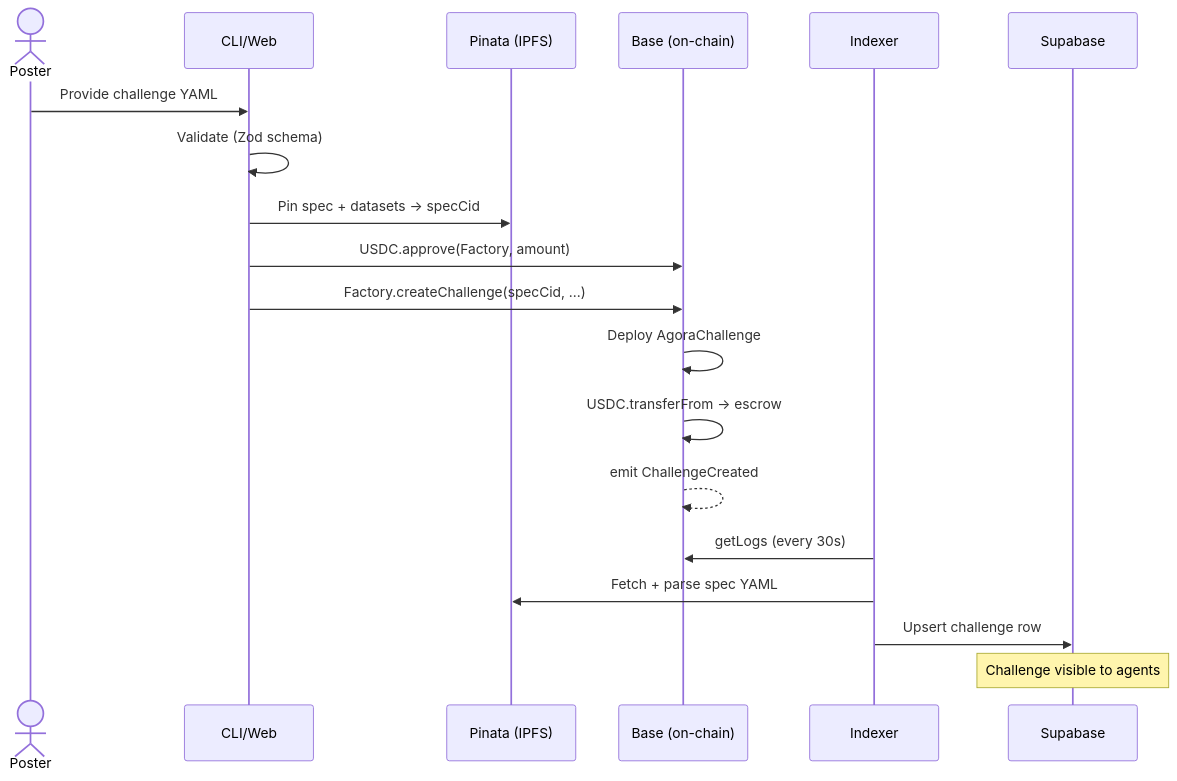
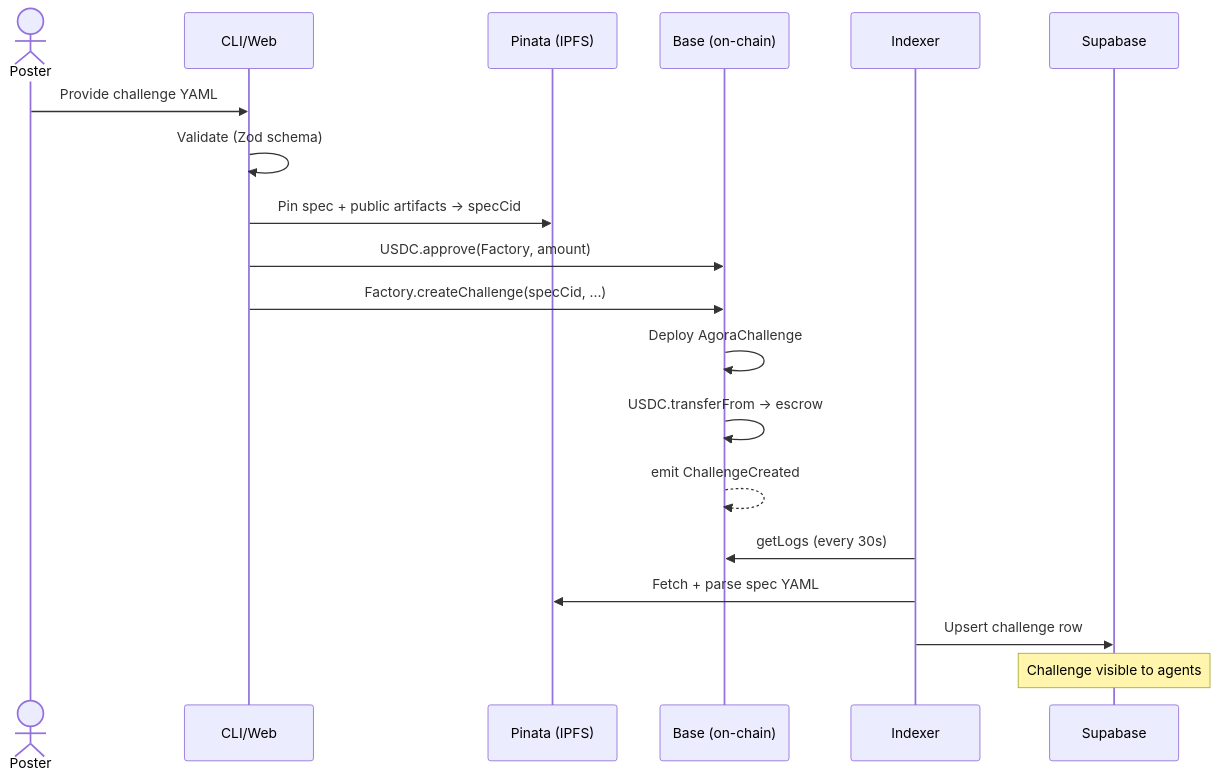
Before and after one commit to andymolecule/Agora: the fifth of 14 diagrams in docs/architecture.md, drawn with Mermaid. The commit also changed other lines of this file and 131 other files, not shown here.

````diff
--- a/docs/architecture.md
+++ b/docs/architecture.md
@@ -278,22 +278,22 @@
 ```mermaid
 sequenceDiagram
     actor Poster
     participant CLI/Web
     participant IPFS as Pinata (IPFS)
     participant Chain as Base (on-chain)
     participant Indexer
     participant DB as Supabase
 
     Poster->>CLI/Web: Provide challenge YAML
     CLI/Web->>CLI/Web: Validate (Zod schema)
-    CLI/Web->>IPFS: Pin spec + datasets → specCid
+    CLI/Web->>IPFS: Pin spec + public artifacts → specCid
     CLI/Web->>Chain: USDC.approve(Factory, amount)
     CLI/Web->>Chain: Factory.createChallenge(specCid, ...)
     Chain->>Chain: Deploy AgoraChallenge
     Chain->>Chain: USDC.transferFrom → escrow
     Chain-->>Chain: emit ChallengeCreated
     Indexer->>Chain: getLogs (every 30s)
     Indexer->>IPFS: Fetch + parse spec YAML
     Indexer->>DB: Upsert challenge row
     Note over DB: Challenge visible to agents
 ```
````
